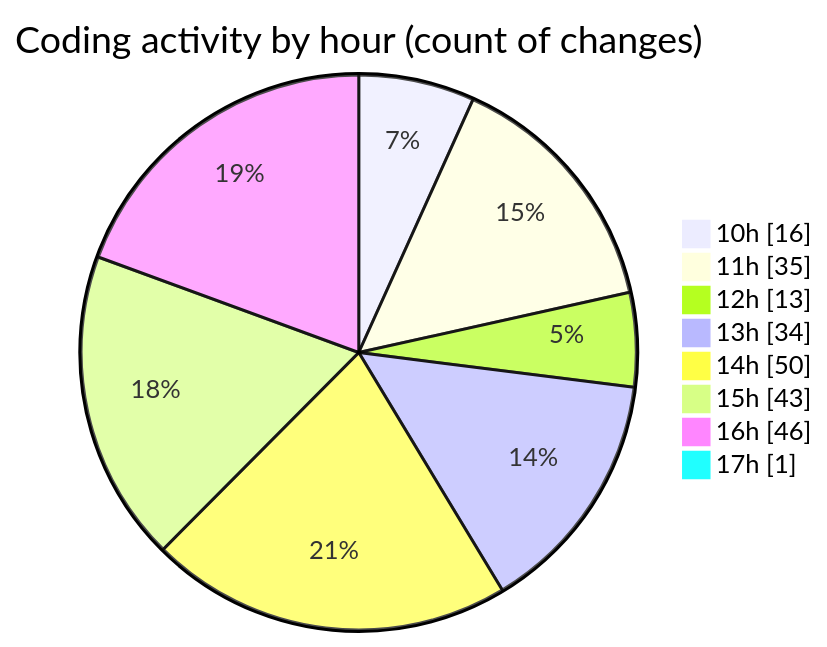
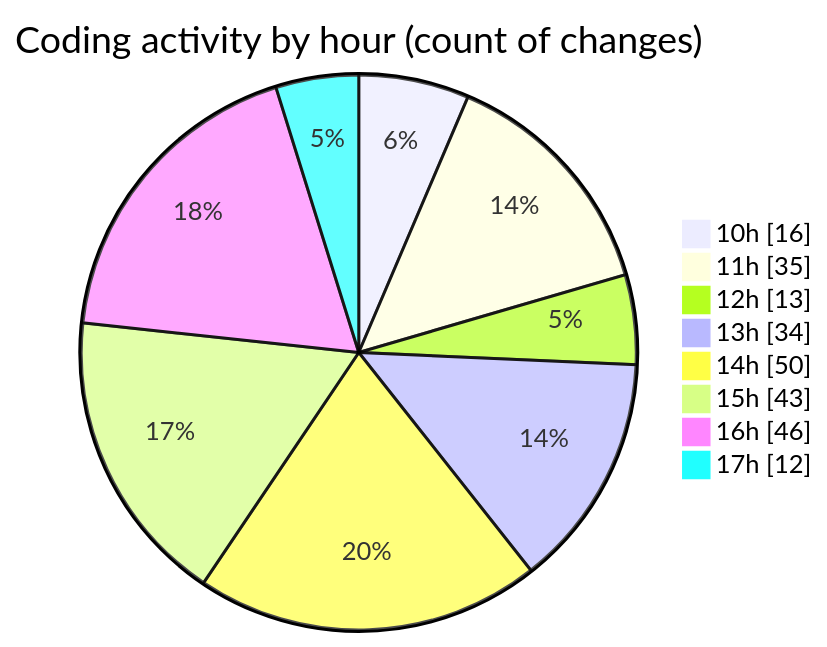
Before and after one commit to charlie-sans/code-tracking: the second of 2 diagrams in 2025-02-20/micros/README.md, drawn with Mermaid. The commit also changed other lines of this file and 1 other file, not shown here.

````diff
--- a/2025-02-20/micros/README.md
+++ b/2025-02-20/micros/README.md
@@ -69,12 +69,12 @@
 ```mermaid
 pie showData
 title Coding activity by hour (count of changes)
 "10h" : 16
 "11h" : 35
 "12h" : 13
 "13h" : 34
 "14h" : 50
 "15h" : 43
 "16h" : 46
-"17h" : 1
+"17h" : 12
 ```
````
